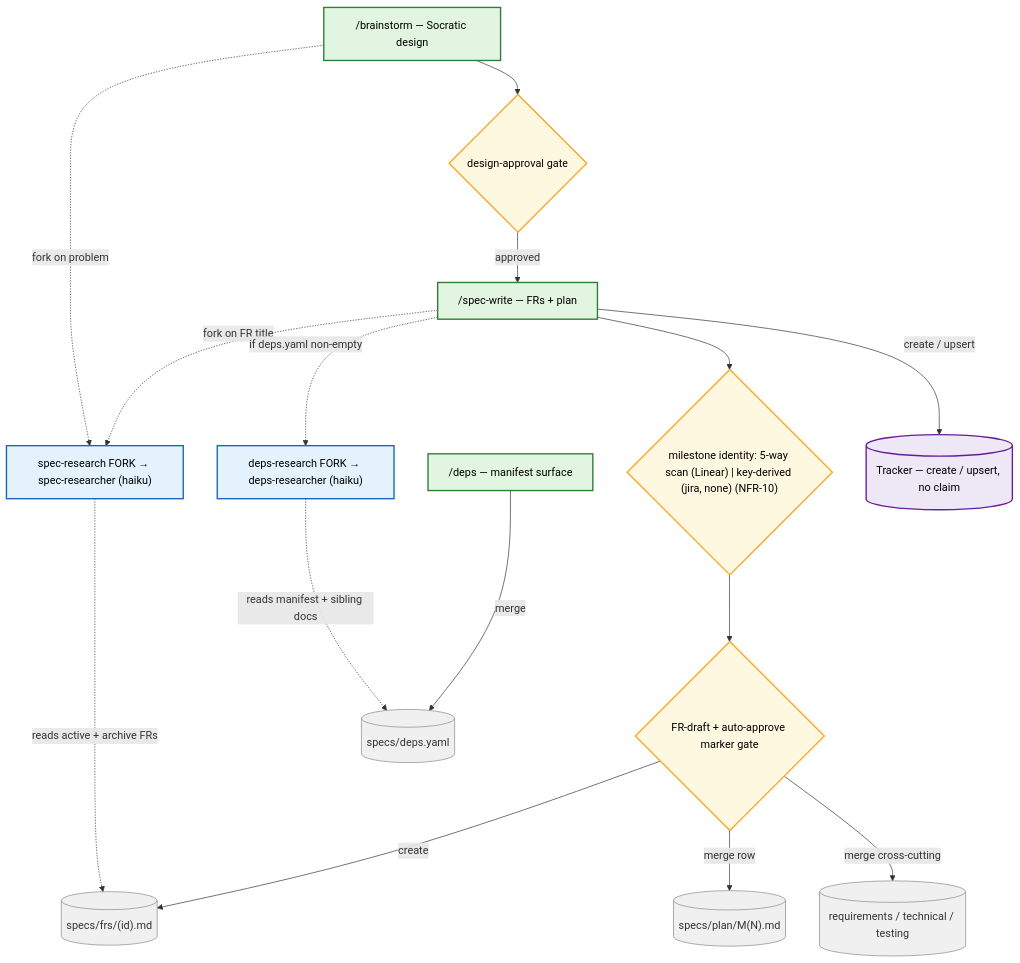
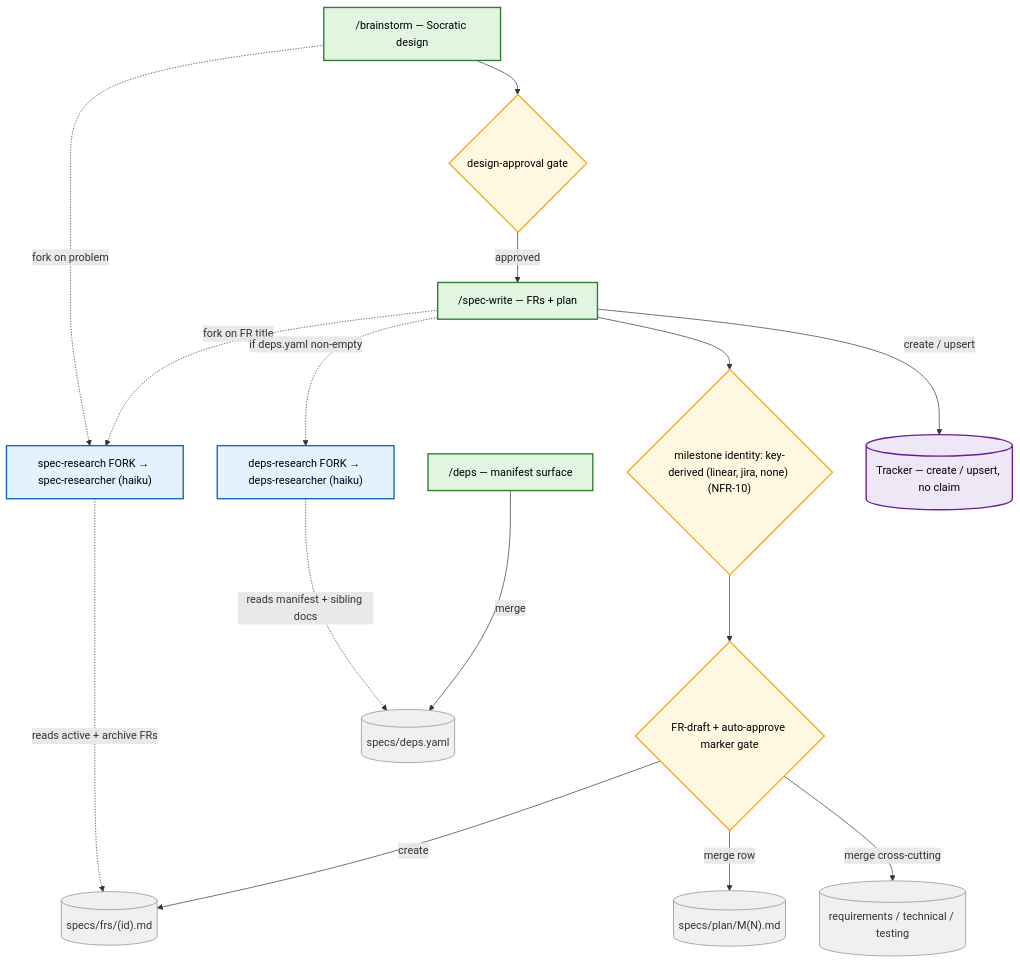
One commit to nesquikm/dev-process-toolkit changed the second of 6 diagrams in plugins/dev-process-toolkit/docs/workflow-overview.md. Above: the diagram before and after it, drawn with Mermaid. The commit also changed other lines of this file and 36 other files, not shown here.

````diff
--- a/plugins/dev-process-toolkit/docs/workflow-overview.md
+++ b/plugins/dev-process-toolkit/docs/workflow-overview.md
@@ -35,36 +35,36 @@
 ```mermaid
 flowchart TD
     classDef skill fill:#e1f5e1,stroke:#2e7d32,stroke-width:2px,color:#000
     classDef fork fill:#e3f2fd,stroke:#1565c0,stroke-width:2px,color:#000
     classDef gate fill:#fff8e1,stroke:#f9a825,stroke-width:2px,color:#000
     classDef artifact fill:#f0f0f0,stroke:#888,stroke-width:1px,color:#333
     classDef tracker fill:#ede7f6,stroke:#6a1b9a,stroke-width:2px,color:#000
 
     brainstorm["/brainstorm — Socratic design"]:::skill
     gDesign{"design-approval gate"}:::gate
     specwrite["/spec-write — FRs + plan"]:::skill
     deps["/deps — manifest surface"]:::skill
     fSpecR["spec-research FORK → spec-researcher (haiku)"]:::fork
     fDepsR["deps-research FORK → deps-researcher (haiku)"]:::fork
-    gMs{"milestone identity: 5-way scan (Linear) | key-derived (jira, none) (NFR-10)"}:::gate
+    gMs{"milestone identity: key-derived (linear, jira, none) (NFR-10)"}:::gate
     gMarker{"FR-draft + auto-approve marker gate"}:::gate
 
     aFrs[("specs/frs/(id).md")]:::artifact
     aPlan[("specs/plan/M(N).md")]:::artifact
     aDeps[("specs/deps.yaml")]:::artifact
     aCross[("requirements / technical / testing")]:::artifact
     trk[("Tracker — create / upsert, no claim")]:::tracker
 
     brainstorm --> gDesign -->|"approved"| specwrite
     brainstorm -.->|"fork on problem"| fSpecR
     specwrite -.->|"fork on FR title"| fSpecR
     specwrite -.->|"if deps.yaml non-empty"| fDepsR
     fSpecR -.->|"reads active + archive FRs"| aFrs
     fDepsR -.->|"reads manifest + sibling docs"| aDeps
     specwrite --> gMs --> gMarker
     gMarker -->|"create"| aFrs
     gMarker -->|"merge row"| aPlan
     gMarker -->|"merge cross-cutting"| aCross
     specwrite -->|"create / upsert"| trk
     deps -->|"merge"| aDeps
 ```
````
